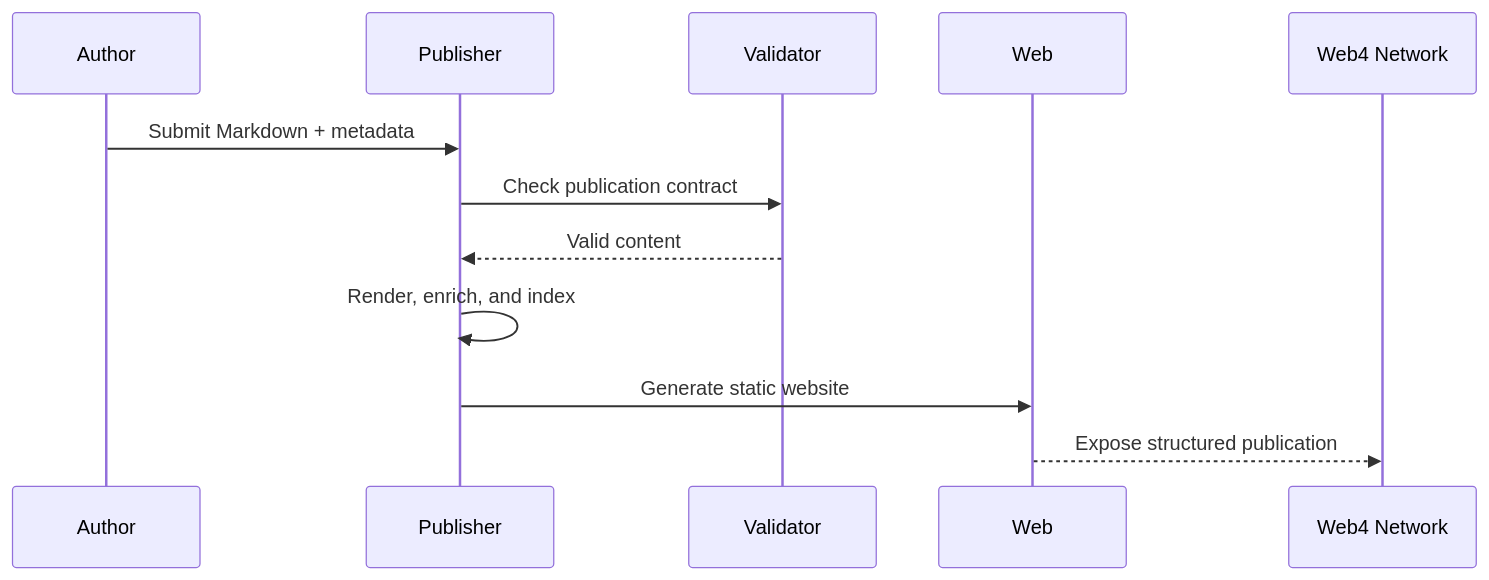
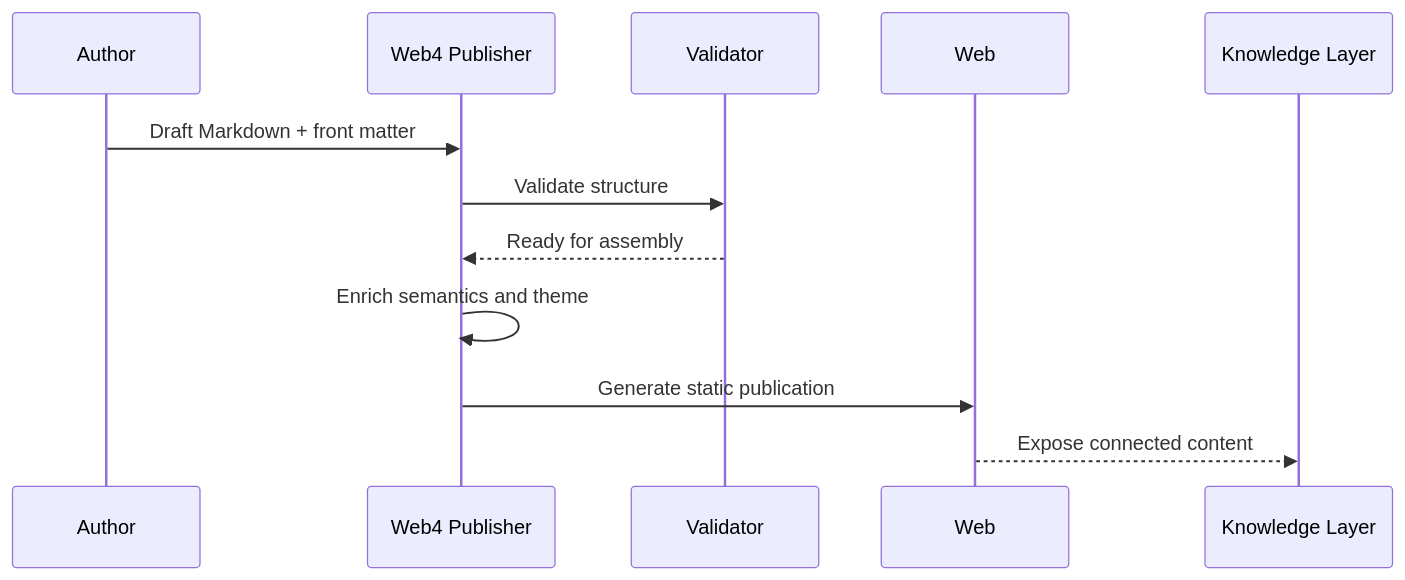
One commit to web4hub/web4-publisher changed the third of 3 diagrams in index.md. Above: the diagram before and after it, drawn with Mermaid. The commit also changed other lines of this file, not shown here.

Commit message:
Apply final premium landing-page polish to index.md

````diff
--- a/index.md
+++ b/index.md
@@ -112,15 +129,15 @@
 ```mermaid
 sequenceDiagram
     participant Author
-    participant Publisher
+    participant Engine as Web4 Publisher
     participant Validator
     participant Web
-    participant Network as Web4 Network
+    participant Network as Knowledge Layer
 
-    Author->>Publisher: Submit Markdown + metadata
-    Publisher->>Validator: Check publication contract
-    Validator-->>Publisher: Valid content
-    Publisher->>Publisher: Render, enrich, and index
-    Publisher->>Web: Generate static website
-    Web-->>Network: Expose structured publication
+    Author->>Engine: Draft Markdown + front matter
+    Engine->>Validator: Validate structure
+    Validator-->>Engine: Ready for assembly
+    Engine->>Engine: Enrich semantics and theme
+    Engine->>Web: Generate static publication
+    Web-->>Network: Expose connected content
 ```
````
